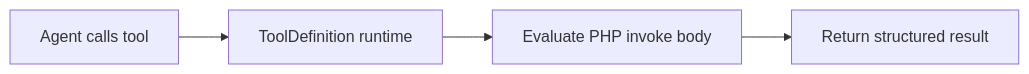
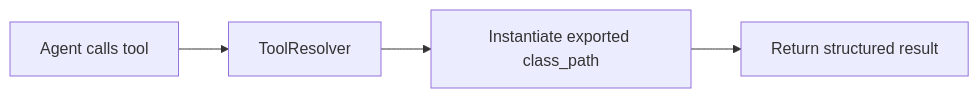
The diagram in docs/guides/tools/builder-tools.md (digitalelvis/neuronai-studio), drawn with Mermaid before and after one commit. The commit also changed other lines of this file and 6 other files, not shown here.

````diff
--- a/docs/guides/tools/builder-tools.md
+++ b/docs/guides/tools/builder-tools.md
@@ -22,6 +27,6 @@
 ```mermaid
 flowchart LR
-    Agent[Agent calls tool] --> Runtime[ToolDefinition runtime]
-    Runtime --> Eval[Evaluate PHP invoke body]
-    Eval --> Result[Return structured result]
+    Agent[Agent calls tool] --> Runtime[ToolResolver]
+    Runtime --> Class[Instantiate exported class_path]
+    Class --> Result[Return structured result]
 ```
````
